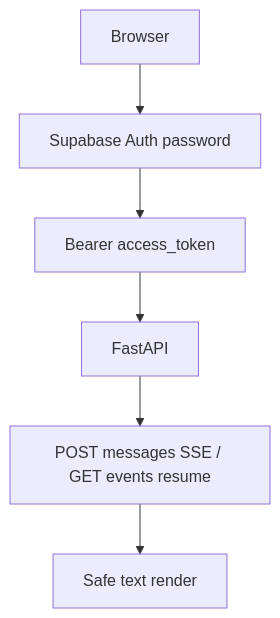
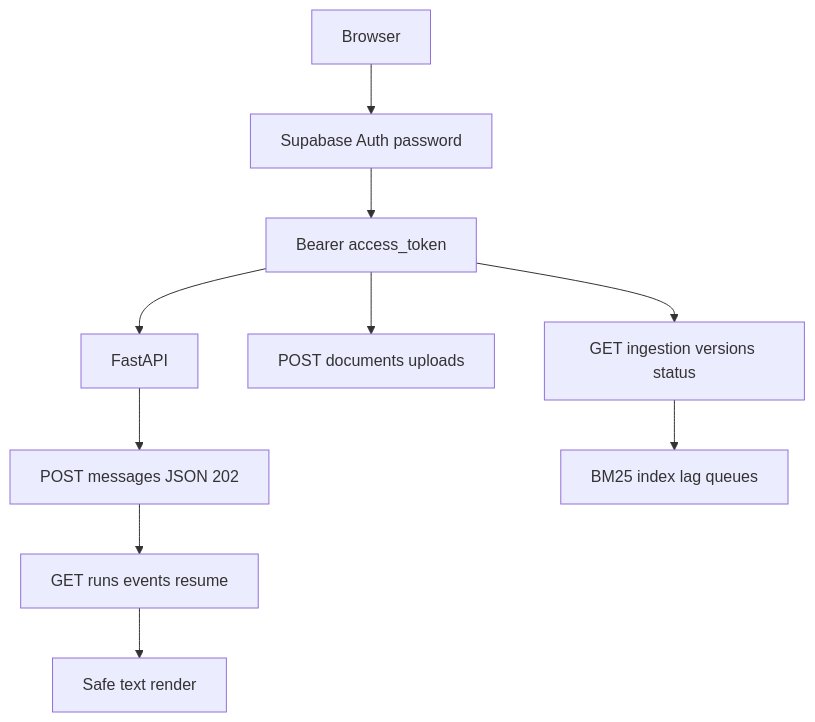
One commit to Nagdy8888/smart-rag changed the diagram in docs/frontend/THIN_DEVELOPER_UI.md. Above: the diagram before and after it, drawn with Mermaid. The commit also changed other lines of this file and 24 other files, not shown here.

````diff
--- a/docs/frontend/THIN_DEVELOPER_UI.md
+++ b/docs/frontend/THIN_DEVELOPER_UI.md
@@ -26,8 +27,12 @@
 ```mermaid
 flowchart TD
   browser["Browser"] --> supabaseAuth["Supabase Auth password"]
   supabaseAuth --> jwt["Bearer access_token"]
   jwt --> fastapi["FastAPI"]
-  fastapi --> sse["POST messages SSE / GET events resume"]
+  fastapi --> admit["POST messages JSON 202"]
+  admit --> sse["GET runs events resume"]
   sse --> ui["Safe text render"]
+  jwt --> upload["POST documents uploads"]
+  jwt --> status["GET ingestion versions status"]
+  status --> bm25["BM25 index lag queues"]
 ```
````
